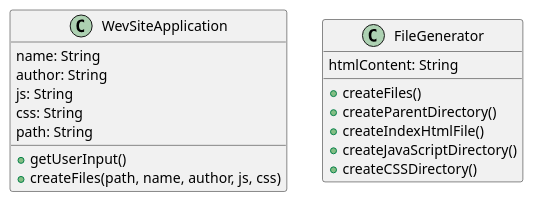
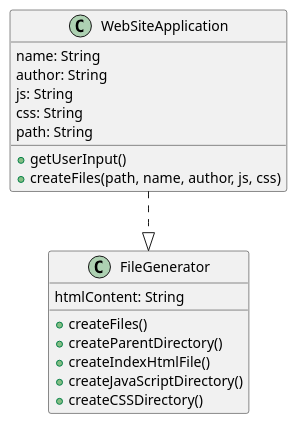
One commit to mredelis/COP3330-OOP-AS3-Summer21 changed the diagram in diagrams/Solution43.puml. Above: the diagram before and after it, drawn with PlantUML. The commit also changed 5 other files, not shown here.

Commit message:
Updated diagrams

```diff
--- a/diagrams/Solution43.puml
+++ b/diagrams/Solution43.puml
@@ -1,24 +1,26 @@
 @startuml
 
-class WevSiteApplication{
+class WebSiteApplication{
     name: String
     author: String
     js: String
     css: String
     path: String
 
     + getUserInput()
     + createFiles(path, name, author, js, css)
 
 }
 
+WebSiteApplication ..|> FileGenerator
+
 class FileGenerator{
     htmlContent: String
 
     + createFiles()
     + createParentDirectory()
     + createIndexHtmlFile()
     + createJavaScriptDirectory()
     + createCSSDirectory()
 }
 @enduml
```
